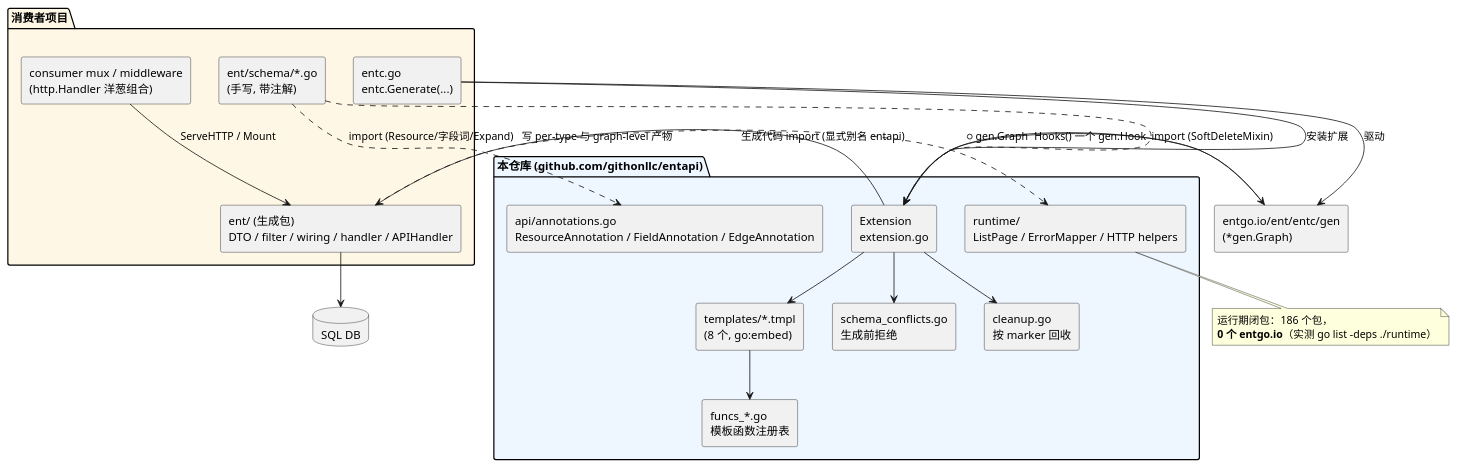
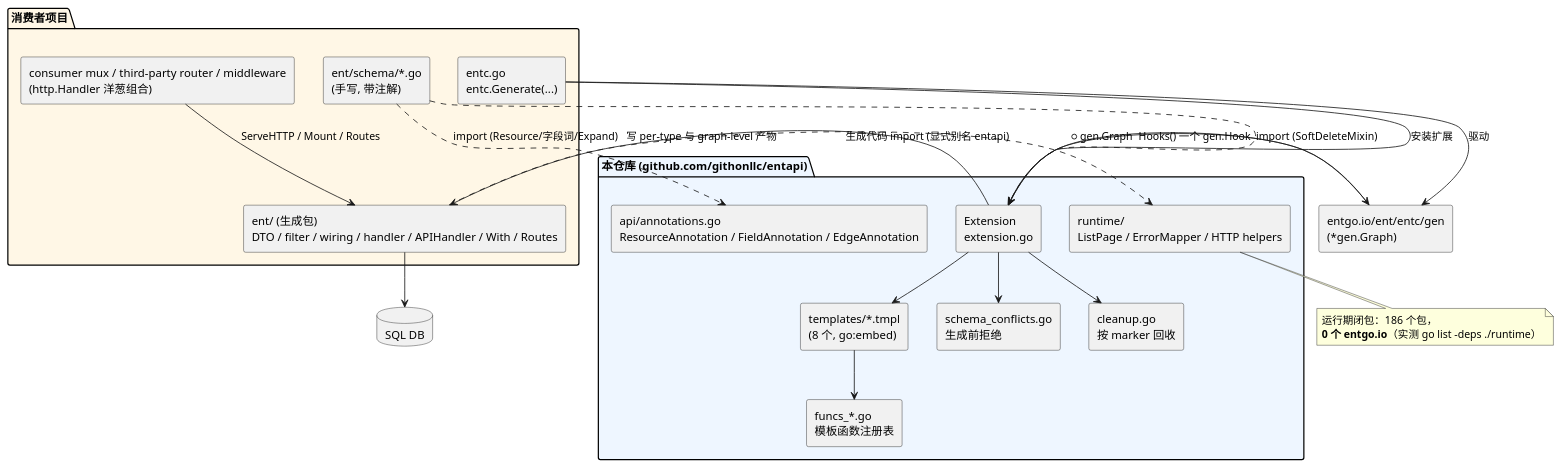
The first of 5 diagrams in docs/ARCHITECTURE.md (githonllc/entapi), drawn with PlantUML before and after one commit. The commit also changed other lines of this file and 51 other files, not shown here.

````diff
--- a/docs/ARCHITECTURE.md
+++ b/docs/ARCHITECTURE.md
@@ -34,46 +34,46 @@
 ```plantuml
 @startuml
 skinparam componentStyle rectangle
 skinparam shadowing false
 
 package "本仓库 (github.com/githonllc/entapi)" #EEF6FF {
   component "api/annotations.go\nResourceAnnotation / FieldAnnotation / EdgeAnnotation" as API
   component "Extension\nextension.go" as EXT
   component "templates/*.tmpl\n(8 个, go:embed)" as TMPL
   component "funcs_*.go\n模板函数注册表" as FUNCS
   component "schema_conflicts.go\n生成前拒绝" as CONF
   component "cleanup.go\n按 marker 回收" as CLEAN
   component "runtime/\nListPage / ErrorMapper / HTTP helpers" as RT
 }
 
 package "消费者项目" #FFF7E6 {
   component "ent/schema/*.go\n(手写, 带注解)" as SCHEMA
   component "entc.go\nentc.Generate(...)" as ENTC
-  component "ent/ (生成包)\nDTO / filter / wiring / handler / APIHandler" as ENTPKG
-  component "consumer mux / middleware\n(http.Handler 洋葱组合)" as MUX
+  component "ent/ (生成包)\nDTO / filter / wiring / handler / APIHandler / With / Routes" as ENTPKG
+  component "consumer mux / third-party router / middleware\n(http.Handler 洋葱组合)" as MUX
 }
 
 component "entgo.io/ent/entc/gen\n(*gen.Graph)" as ENTGEN
 database "SQL DB" as DB
 
 ENTC --> EXT : 安装扩展
 ENTC --> ENTGEN : 驱动
 SCHEMA ..> API : import (Resource/字段词/Expand)
 SCHEMA ..> EXT : import (SoftDeleteMixin)
 EXT --> ENTGEN : Hooks() 一个 gen.Hook
 ENTGEN --> EXT : *gen.Graph
 EXT --> CONF
 EXT --> TMPL
 TMPL --> FUNCS
 EXT --> ENTPKG : 写 per-type 与 graph-level 产物
 EXT --> CLEAN
-MUX --> ENTPKG : ServeHTTP / Mount
+MUX --> ENTPKG : ServeHTTP / Mount / Routes
 ENTPKG ..> RT : 生成代码 import (显式别名 entapi)
 ENTPKG --> DB
 
 note bottom of RT
   运行期闭包：186 个包，
   **0 个 entgo.io**（实测 go list -deps ./runtime）
 end note
 @enduml
 ```
````
